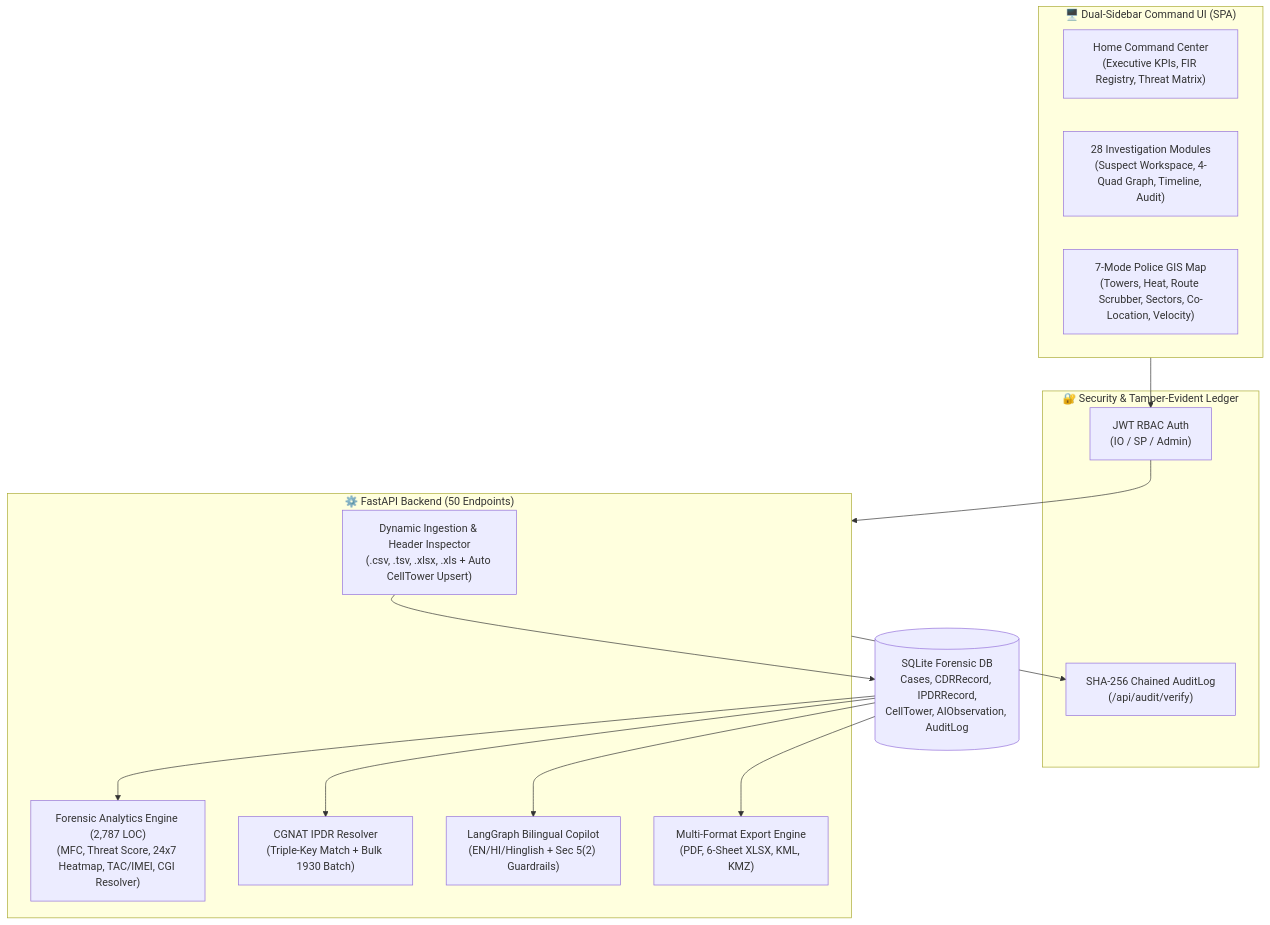
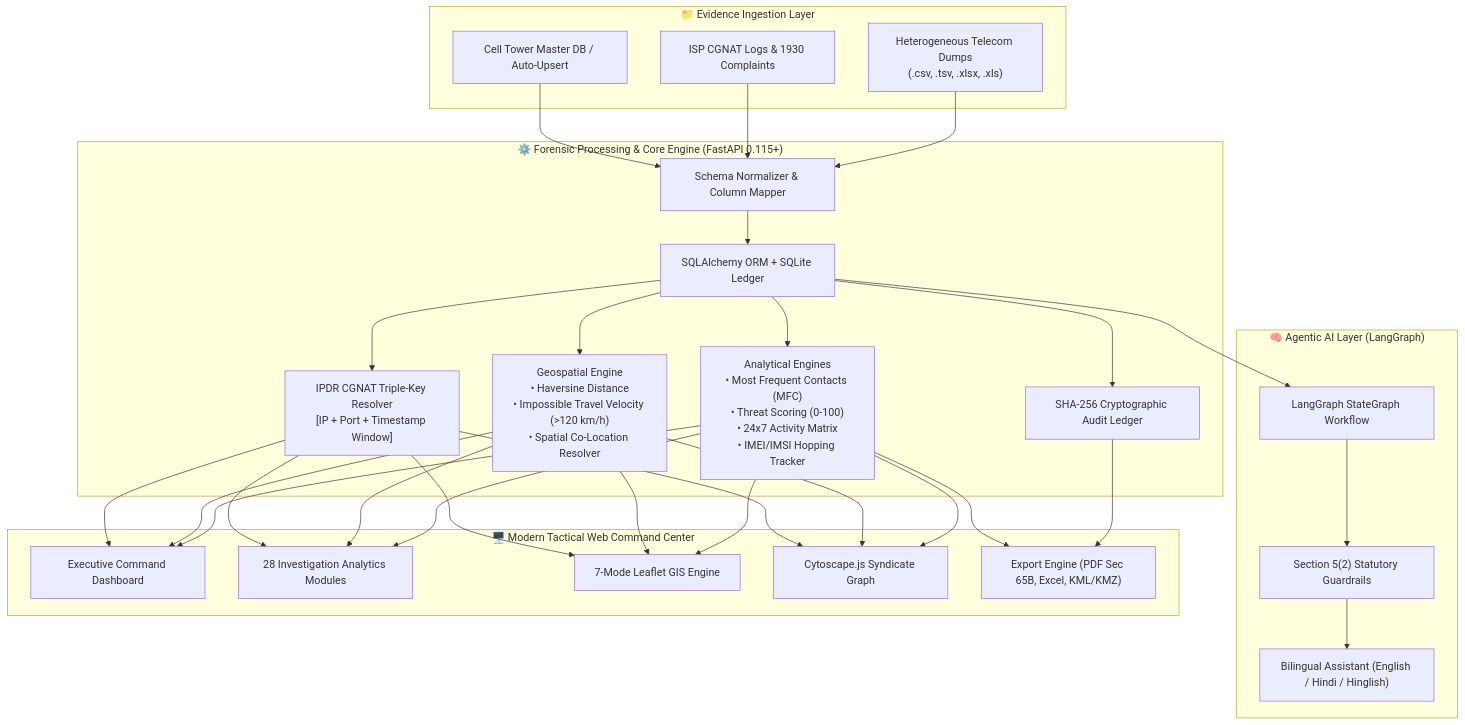
One commit to JAIDUUU/Anomus-hackthon-rajishtan changed the diagram in README.md. Above: the diagram before and after it, drawn with Mermaid. The commit also changed other lines of this file and 11 other files, not shown here.

````diff
--- a/README.md
+++ b/README.md
@@ -18,28 +40,37 @@
 ```mermaid
-flowchart TB
-    subgraph Client["🖥️ Dual-Sidebar Command UI (SPA)"]
-        SidebarHome["Home Command Center<br/>(Executive KPIs, FIR Registry, Threat Matrix)"]
-        SidebarMods["28 Investigation Modules<br/>(Suspect Workspace, 4-Quad Graph, Timeline, Audit)"]
-        GISMaps["7-Mode Police GIS Map<br/>(Towers, Heat, Route Scrubber, Sectors, Co-Location, Velocity)"]
+flowchart TD
+    subgraph Evidence["📁 Evidence Ingestion Layer"]
+        CSV["Heterogeneous Telecom Dumps<br/>(.csv, .tsv, .xlsx, .xls)"]
+        IPDR_File["ISP CGNAT Logs & 1930 Complaints"]
+        Tower_Master["Cell Tower Master DB / Auto-Upsert"]
     end
 
-    subgraph Security["🔐 Security & Tamper-Evident Ledger"]
-        Auth["JWT RBAC Auth<br/>(IO / SP / Admin)"]
-        Audit["SHA-256 Chained AuditLog<br/>(/api/audit/verify)"]
+    subgraph Core["⚙️ Forensic Processing & Core Engine (FastAPI 0.115+)"]
+        HeaderNorm["Schema Normalizer & Column Mapper"]
+        ORM["SQLAlchemy ORM + SQLite Ledger"]
+        Analytics["Analytical Engines<br/>• Most Frequent Contacts (MFC)<br/>• Threat Scoring (0-100)<br/>• 24x7 Activity Matrix<br/>• IMEI/IMSI Hopping Tracker"]
+        GIS_Engine["Geospatial Engine<br/>• Haversine Distance<br/>• Impossible Travel Velocity (>120 km/h)<br/>• Spatial Co-Location Resolver"]
+        NAT_Resolver["IPDR CGNAT Triple-Key Resolver<br/>[IP + Port + Timestamp Window]"]
+        Audit["SHA-256 Cryptographic Audit Ledger"]
     end
 
-    subgraph Core["⚙️ FastAPI Backend (50 Endpoints)"]
-        Ingest["Dynamic Ingestion & Header Inspector<br/>(.csv, .tsv, .xlsx, .xls + Auto CellTower Upsert)"]
-        Analytics["Forensic Analytics Engine (2,787 LOC)<br/>(MFC, Threat Score, 24x7 Heatmap, TAC/IMEI, CGI Resolver)"]
-        IPDR["CGNAT IPDR Resolver<br/>(Triple-Key Match + Bulk 1930 Batch)"]
-        AI["LangGraph Bilingual Copilot<br/>(EN/HI/Hinglish + Sec 5(2) Guardrails)"]
-        Reports["Multi-Format Export Engine<br/>(PDF, 6-Sheet XLSX, KML, KMZ)"]
+    subgraph AI["🧠 Agentic AI Layer (LangGraph)"]
+        LangGraph["LangGraph StateGraph Workflow"]
+        Guardrails["Section 5(2) Statutory Guardrails"]
+        NLP["Bilingual Assistant (English / Hindi / Hinglish)"]
     end
 
-    DB[("SQLite Forensic DB<br/>Cases, CDRRecord, IPDRRecord,<br/>CellTower, AIObservation, AuditLog")]
+    subgraph UI["🖥️ Modern Tactical Web Command Center"]
+        Dash["Executive Command Dashboard"]
+        Mods["28 Investigation Analytics Modules"]
+        Map["7-Mode Leaflet GIS Engine"]
+        Graph["Cytoscape.js Syndicate Graph"]
+        Dossier["Export Engine (PDF Sec 65B, Excel, KML/KMZ)"]
+    end
 
-    Client --> Auth --> Core
-    Core --> Audit
-    Ingest --> DB
-    DB --> Analytics & IPDR & AI & Reports
+    CSV & IPDR_File & Tower_Master --> HeaderNorm --> ORM
+    ORM --> Analytics & GIS_Engine & NAT_Resolver & Audit
+    ORM --> LangGraph --> Guardrails --> NLP
+    Analytics & GIS_Engine & NAT_Resolver --> Dash & Mods & Map & Graph
+    Audit & Analytics --> Dossier
 ```
````
